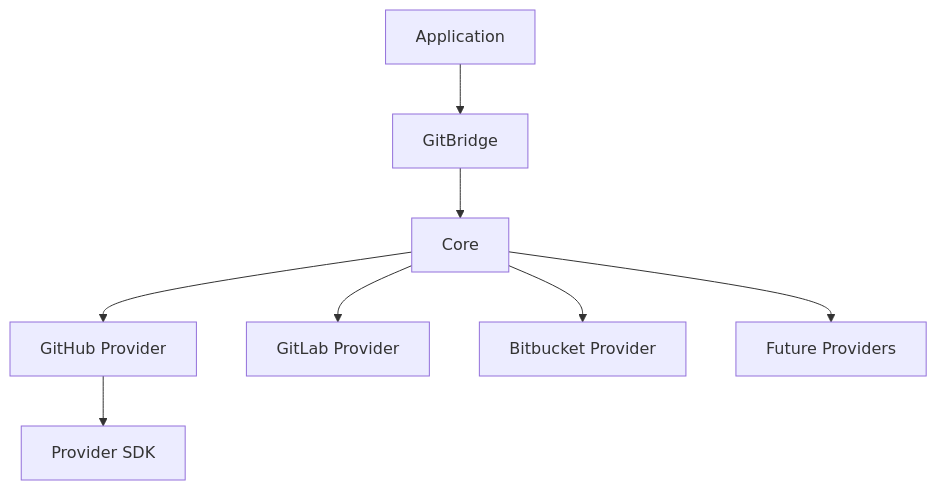
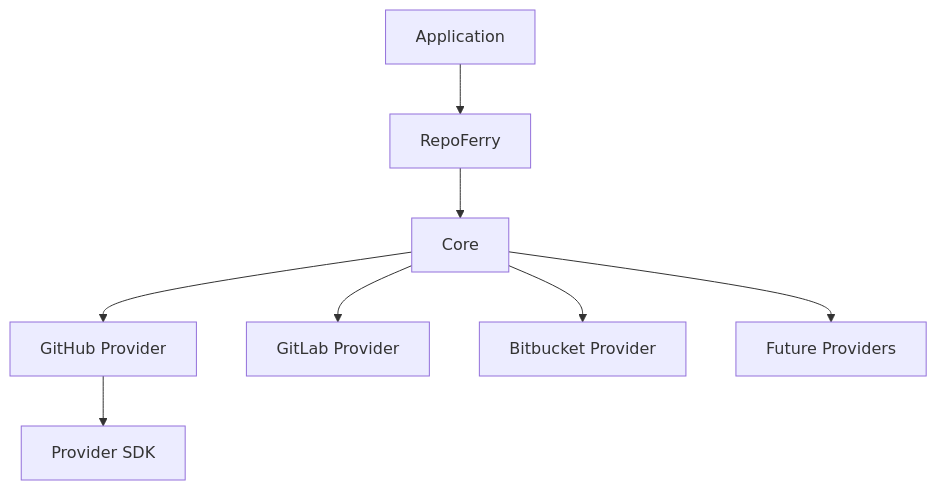
The diagram in docs/architecture/adr/ADR-001.md (mriduldey/git-bridge), drawn with Mermaid before and after one commit. The commit also changed other lines of this file and 119 other files, not shown here.

````diff
--- a/docs/architecture/adr/ADR-001.md
+++ b/docs/architecture/adr/ADR-001.md
@@ -225,29 +225,29 @@
 ```mermaid
 flowchart TD
 
     APP["Application"]
 
-    CLIENT["GitBridge"]
+    CLIENT["RepoFerry"]
 
     CORE["Core"]
 
     GH["GitHub Provider"]
 
     GL["GitLab Provider"]
 
     BB["Bitbucket Provider"]
 
     FUTURE["Future Providers"]
 
     SDK["Provider SDK"]
 
     APP --> CLIENT
     CLIENT --> CORE
 
     CORE --> GH
     CORE --> GL
     CORE --> BB
     CORE --> FUTURE
 
     GH --> SDK
 ```
````
